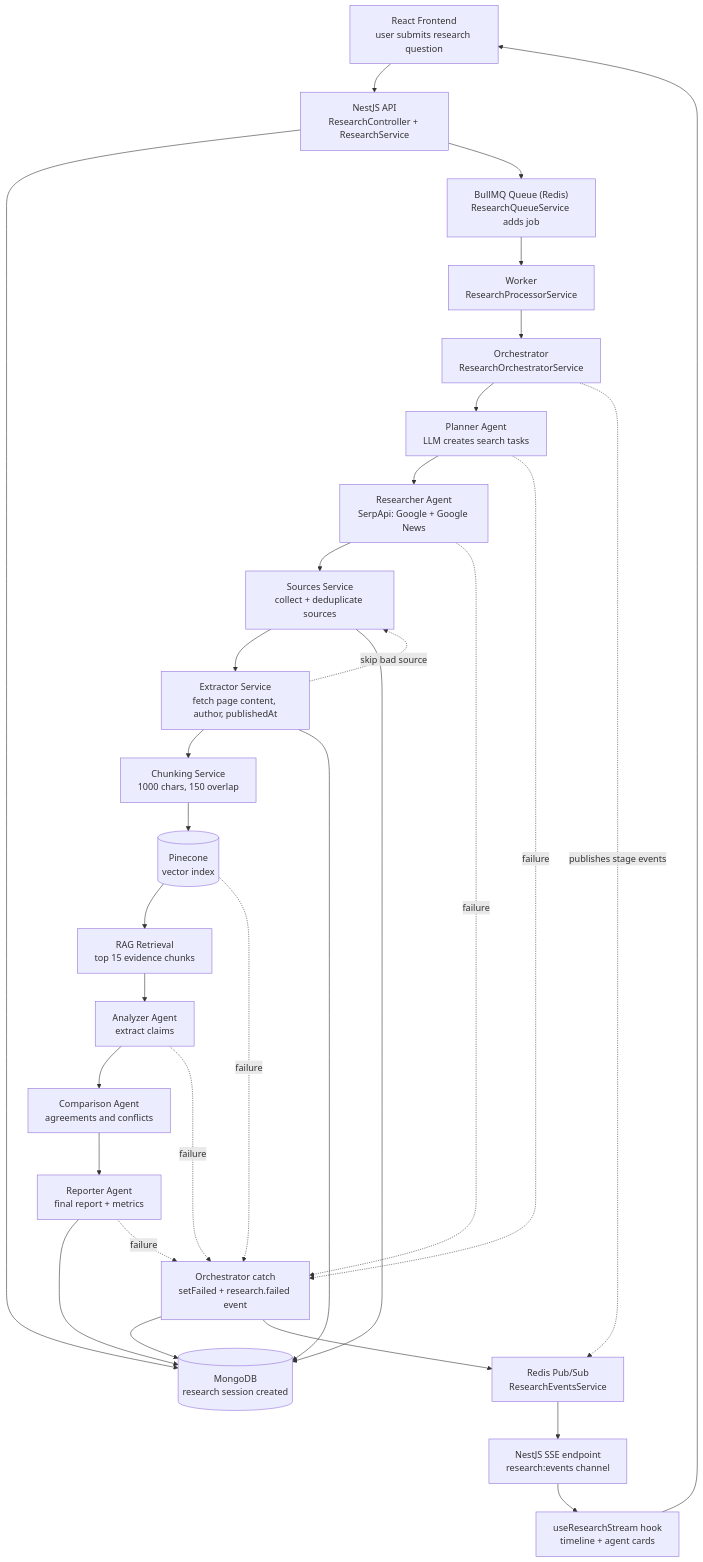
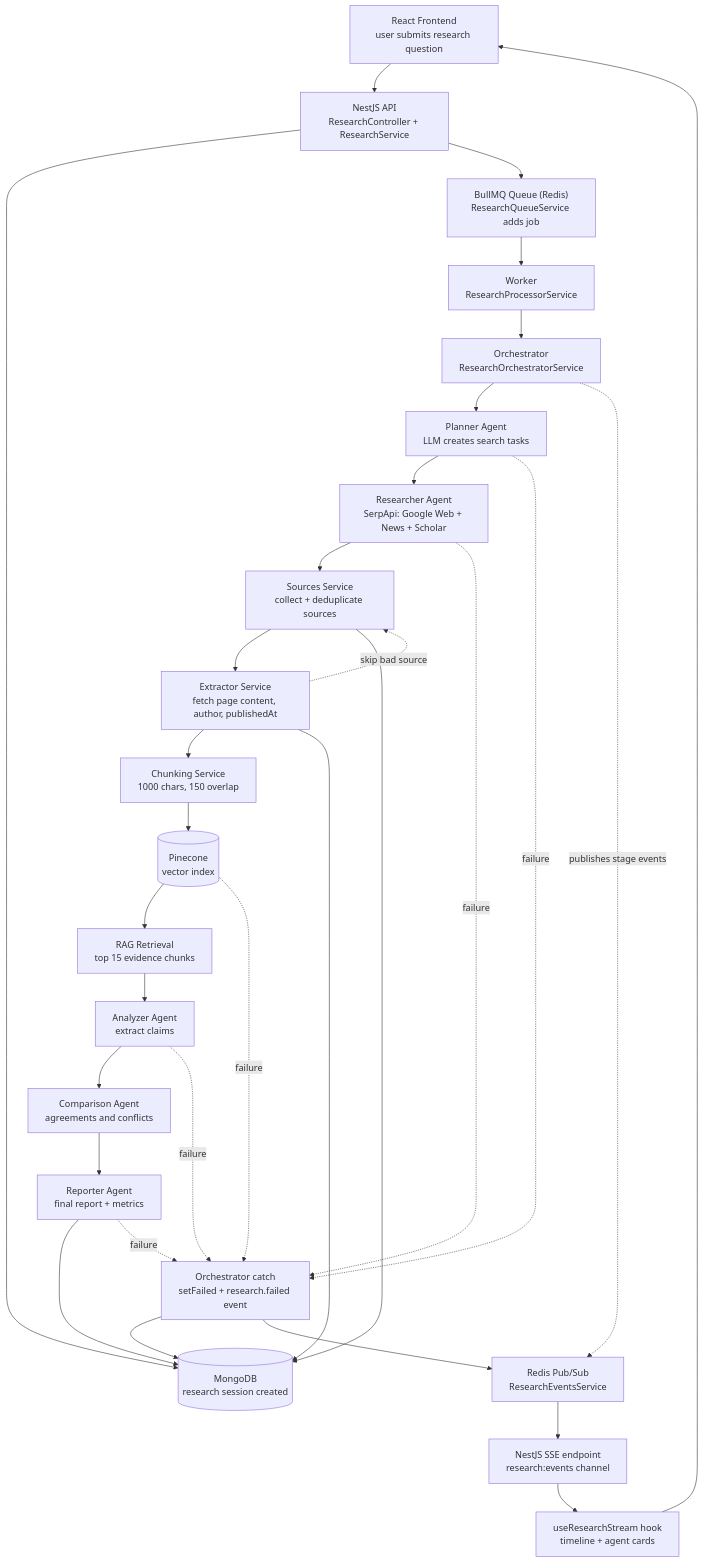
The diagram in readme.md (beingzuhairkhan/ResearchPilot), drawn with Mermaid before and after one commit. The commit also changed other lines of this file and 2 other files, not shown here.

````diff
--- a/readme.md
+++ b/readme.md
@@ -32,37 +61,37 @@
 ```mermaid
 flowchart TD
     A["React Frontend<br/>user submits research question"] --> B["NestJS API<br/>ResearchController + ResearchService"]
     B --> C[("MongoDB<br/>research session created")]
     B --> D["BullMQ Queue (Redis)<br/>ResearchQueueService adds job"]
     D --> E["Worker<br/>ResearchProcessorService"]
     E --> F["Orchestrator<br/>ResearchOrchestratorService"]
 
     F --> G["Planner Agent<br/>LLM creates search tasks"]
-    G --> H["Researcher Agent<br/>SerpApi: Google + Google News"]
+    G --> H["Researcher Agent<br/>SerpApi: Google Web + News + Scholar"]
     H --> I["Sources Service<br/>collect + deduplicate sources"]
     I --> J["Extractor Service<br/>fetch page content, author, publishedAt"]
     J --> K["Chunking Service<br/>1000 chars, 150 overlap"]
     K --> L[("Pinecone<br/>vector index")]
     L --> M["RAG Retrieval<br/>top 15 evidence chunks"]
     M --> N["Analyzer Agent<br/>extract claims"]
     N --> O["Comparison Agent<br/>agreements and conflicts"]
     O --> P["Reporter Agent<br/>final report + metrics"]
 
     I --> C
     J --> C
     P --> C
 
     F -.->|publishes stage events| Q["Redis Pub/Sub<br/>ResearchEventsService"]
     Q --> R["NestJS SSE endpoint<br/>research:events channel"]
     R --> S["useResearchStream hook<br/>timeline + agent cards"]
     S --> A
 
     G -.->|failure| X["Orchestrator catch<br/>setFailed + research.failed event"]
     H -.->|failure| X
     J -.->|skip bad source| I
     L -.->|failure| X
     N -.->|failure| X
     P -.->|failure| X
     X --> C
     X --> Q
 ```
````
